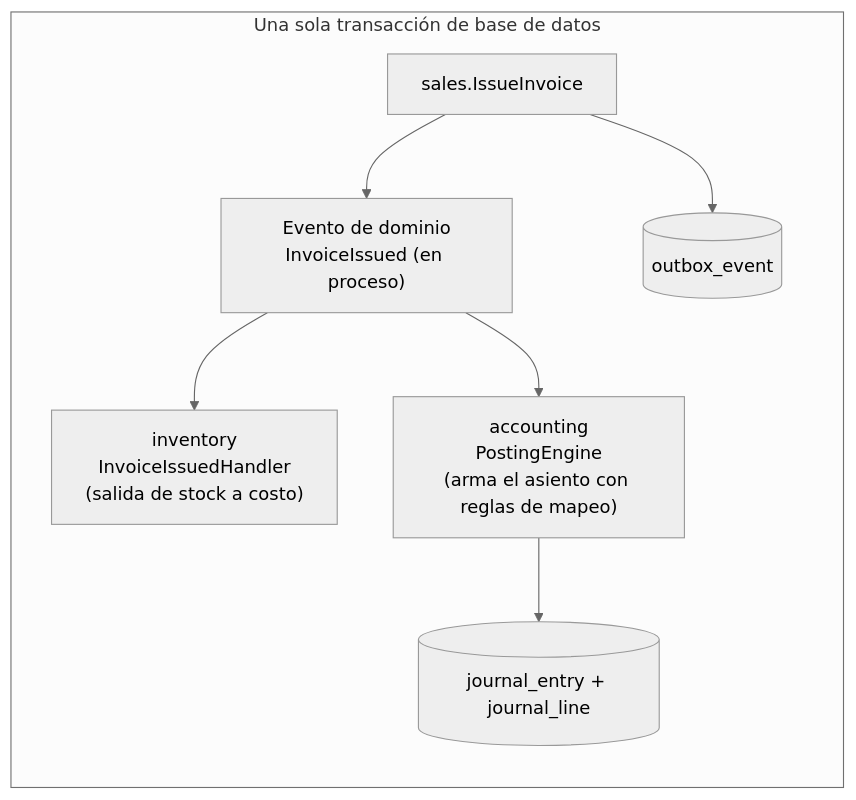
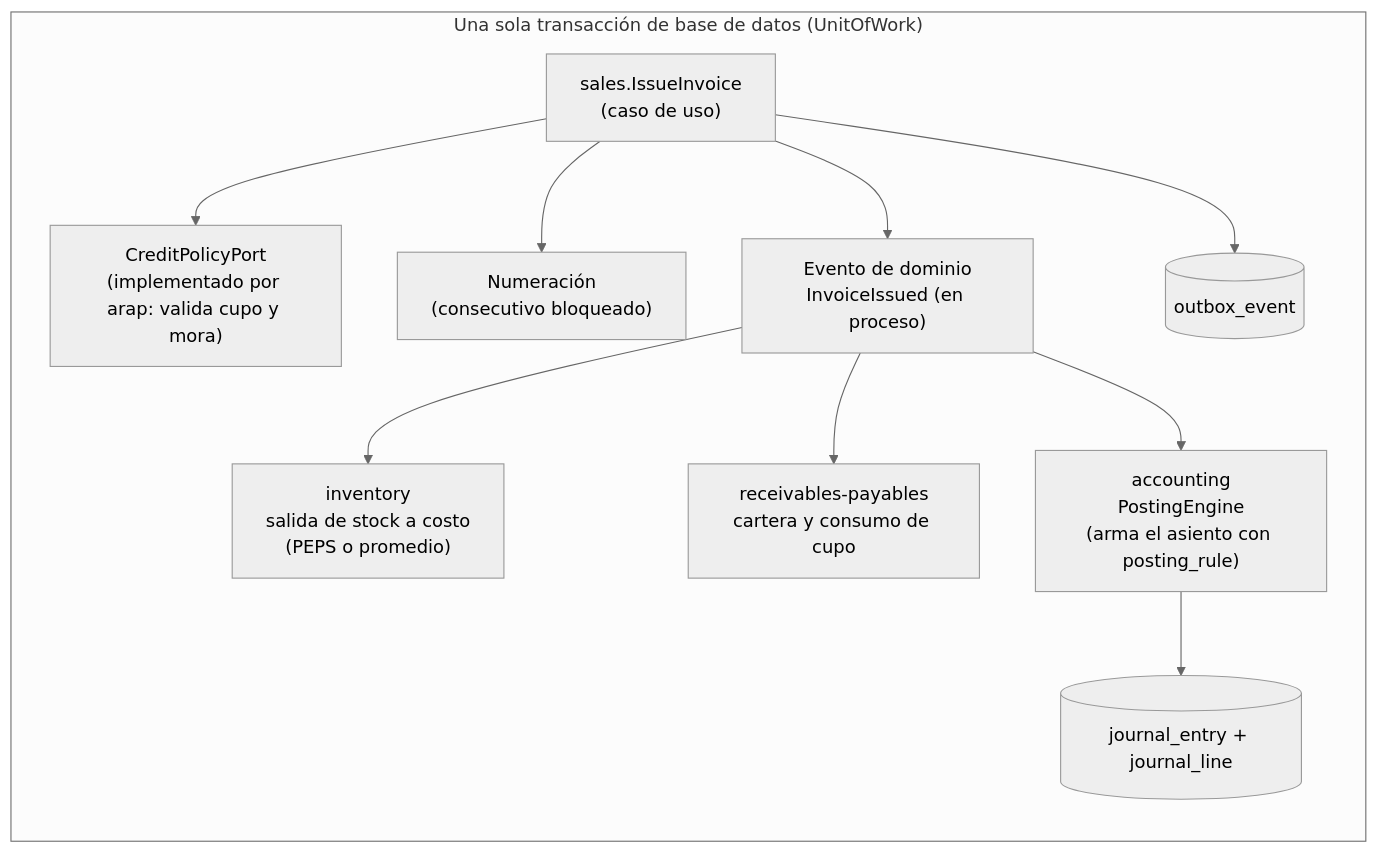
One commit to JpMurcia/SIFCA changed the third of 3 diagrams in docs/01-arquitectura/01-vision-general-y-modulos.md. Above: the diagram before and after it, drawn with Mermaid (neutral theme). The commit also changed other lines of this file and 89 other files, not shown here.

````diff
--- a/docs/01-arquitectura/01-vision-general-y-modulos.md
+++ b/docs/01-arquitectura/01-vision-general-y-modulos.md
@@ -237,16 +303,22 @@
 ```mermaid
 flowchart LR
-    subgraph tx["Una sola transacción de base de datos"]
-        s["sales.IssueInvoice"]
+    subgraph tx["Una sola transacción de base de datos (UnitOfWork)"]
+        s["sales.IssueInvoice<br/>(caso de uso)"]
+        c["CreditPolicyPort<br/>(implementado por arap: valida cupo y mora)"]
+        n["Numeración<br/>(consecutivo bloqueado)"]
         e["Evento de dominio<br/>InvoiceIssued (en proceso)"]
-        h1["inventory<br/>InvoiceIssuedHandler<br/>(salida de stock a costo)"]
-        h2["accounting<br/>PostingEngine<br/>(arma el asiento con reglas de mapeo)"]
+        h1["inventory<br/>salida de stock a costo<br/>(PEPS o promedio)"]
+        h2["receivables-payables<br/>cartera y consumo de cupo"]
+        h3["accounting<br/>PostingEngine<br/>(arma el asiento con posting_rule)"]
         j[("journal_entry + journal_line")]
         o[("outbox_event")]
     end
+    s --> c
+    s --> n
     s --> e
     e --> h1
     e --> h2
-    h2 --> j
+    e --> h3
+    h3 --> j
     s --> o
 ```
````
